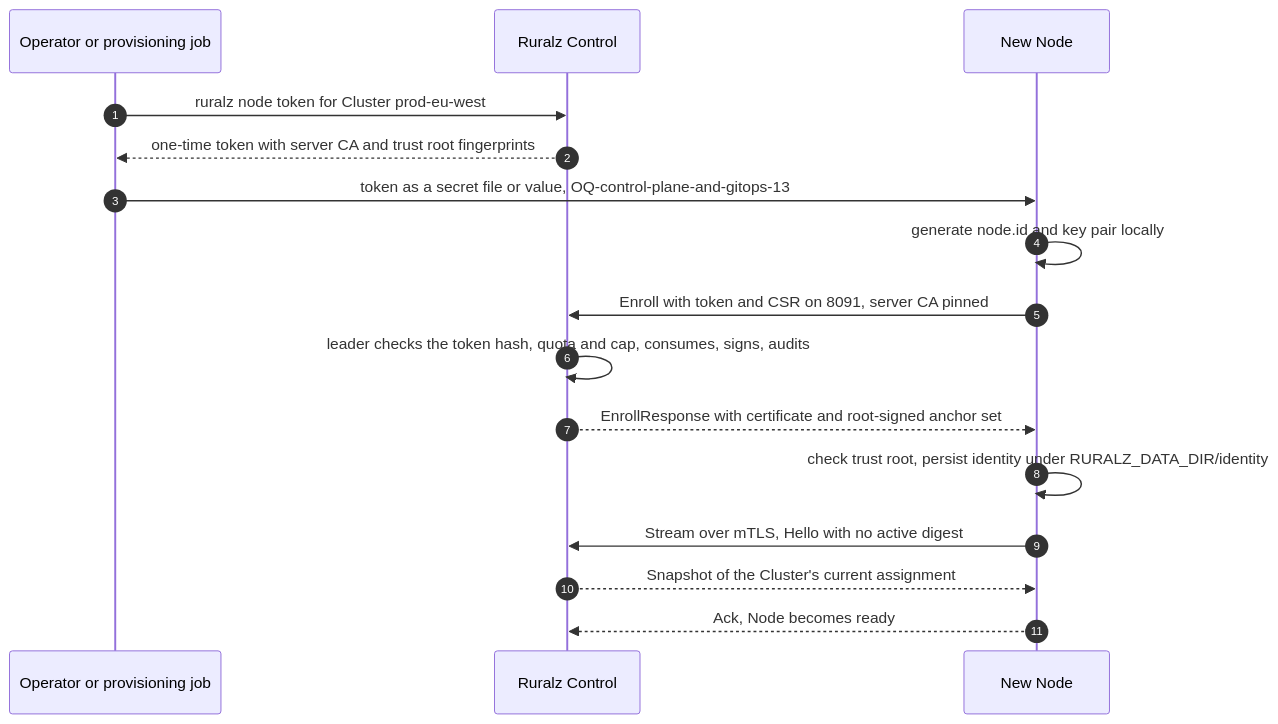
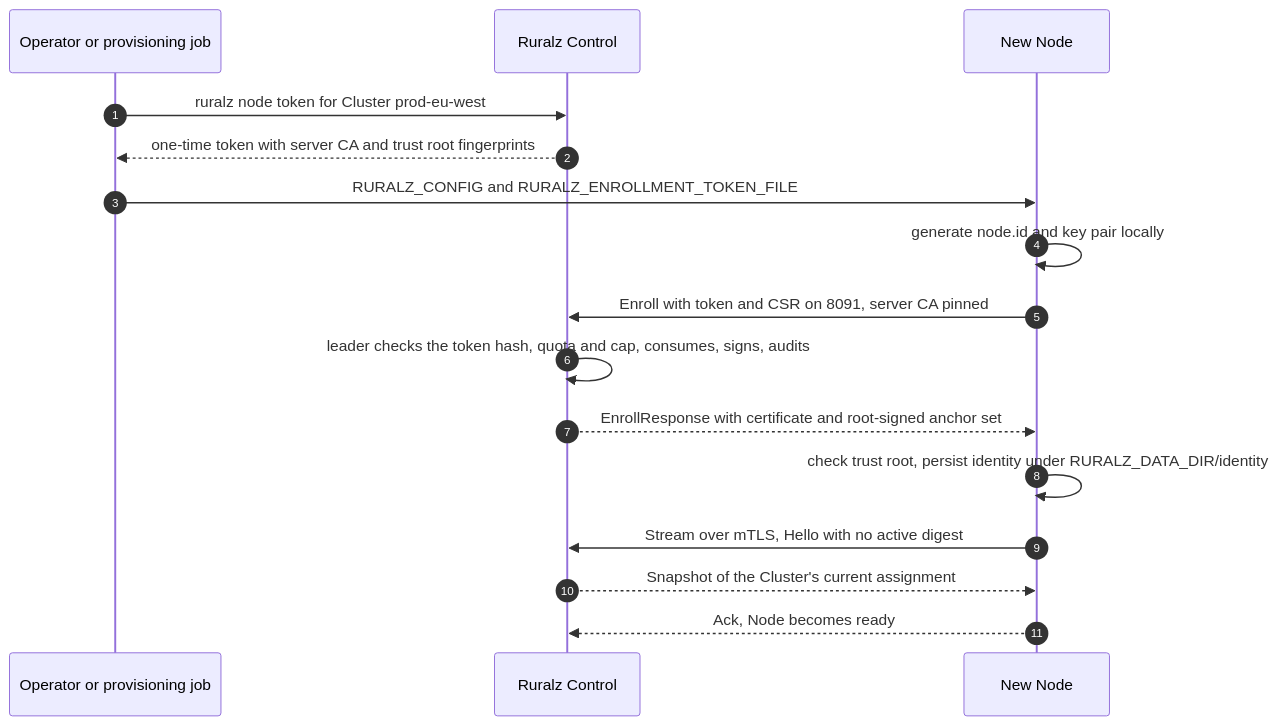
One commit to ravindu-rev/ruralz changed the fourth of 5 diagrams in docs/architecture/04-control-plane-and-gitops.md. Above: the diagram before and after it, drawn with Mermaid. The commit also changed other lines of this file and 29 other files, not shown here.

````diff
--- a/docs/architecture/04-control-plane-and-gitops.md
+++ b/docs/architecture/04-control-plane-and-gitops.md
@@ -370,18 +390,18 @@
 ```mermaid
 sequenceDiagram
     autonumber
     participant Op as Operator or provisioning job
     participant CT as Ruralz Control
     participant N as New Node
     Op->>CT: ruralz node token for Cluster prod-eu-west
     CT-->>Op: one-time token with server CA and trust root fingerprints
-    Op->>N: token as a secret file or value, OQ-control-plane-and-gitops-13
+    Op->>N: RURALZ_CONFIG and RURALZ_ENROLLMENT_TOKEN_FILE
     N->>N: generate node.id and key pair locally
     N->>CT: Enroll with token and CSR on 8091, server CA pinned
     CT->>CT: leader checks the token hash, quota and cap, consumes, signs, audits
     CT-->>N: EnrollResponse with certificate and root-signed anchor set
     N->>N: check trust root, persist identity under RURALZ_DATA_DIR/identity
     N->>CT: Stream over mTLS, Hello with no active digest
     CT-->>N: Snapshot of the Cluster's current assignment
     N-->>CT: Ack, Node becomes ready
 ```
````
